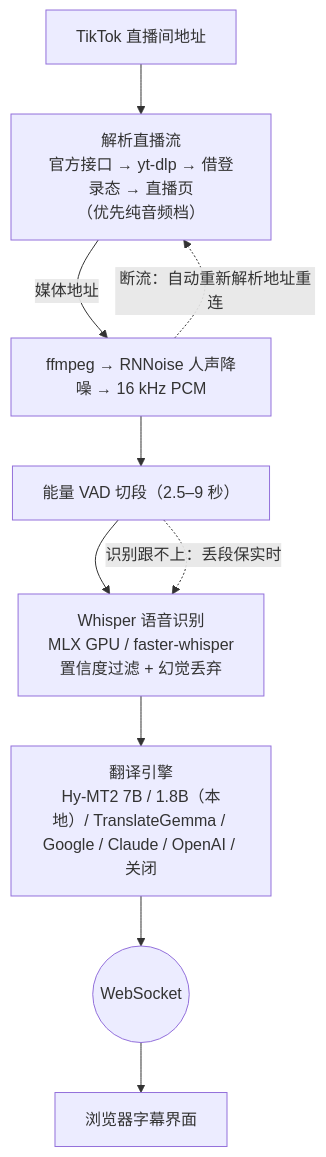
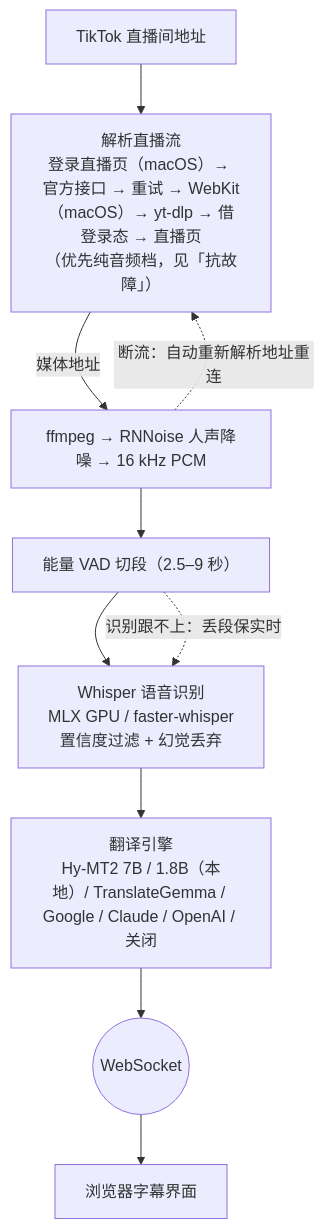
Before and after one commit to EM917/tiktok-live-translator: the diagram in README.zh-CN.md, drawn with Mermaid. The commit also changed other lines of this file and 1 other file, not shown here.

First line of the commit message:
Fix the resolver flow in both READMEs to match today's code

````diff
--- a/README.zh-CN.md
+++ b/README.zh-CN.md
@@ -376,12 +376,12 @@
 ```mermaid
 flowchart TD
-    URL["TikTok 直播间地址"] --> RESOLVE["解析直播流<br/>官方接口 → yt-dlp → 借登录态 → 直播页<br/>（优先纯音频档）"]
+    URL["TikTok 直播间地址"] --> RESOLVE["解析直播流<br/>登录直播页（macOS）→ 官方接口 → 重试 → WebKit（macOS）→ yt-dlp → 借登录态 → 直播页<br/>（优先纯音频档，见「抗故障」）"]
     RESOLVE -->|"媒体地址"| FF["ffmpeg → RNNoise 人声降噪 → 16 kHz PCM"]
     FF --> VAD["能量 VAD 切段（2.5–9 秒）"]
     VAD --> ASR["Whisper 语音识别<br/>MLX GPU / faster-whisper<br/>置信度过滤 + 幻觉丢弃"]
     ASR --> TR["翻译引擎<br/>Hy-MT2 7B / 1.8B（本地）/ TranslateGemma / Google / Claude / OpenAI / 关闭"]
     TR --> WS(("WebSocket"))
     WS --> UI["浏览器字幕界面"]
     FF -.->|"断流：自动重新解析地址重连"| RESOLVE
     VAD -.->|"识别跟不上：丢段保实时"| ASR
 ```
````
